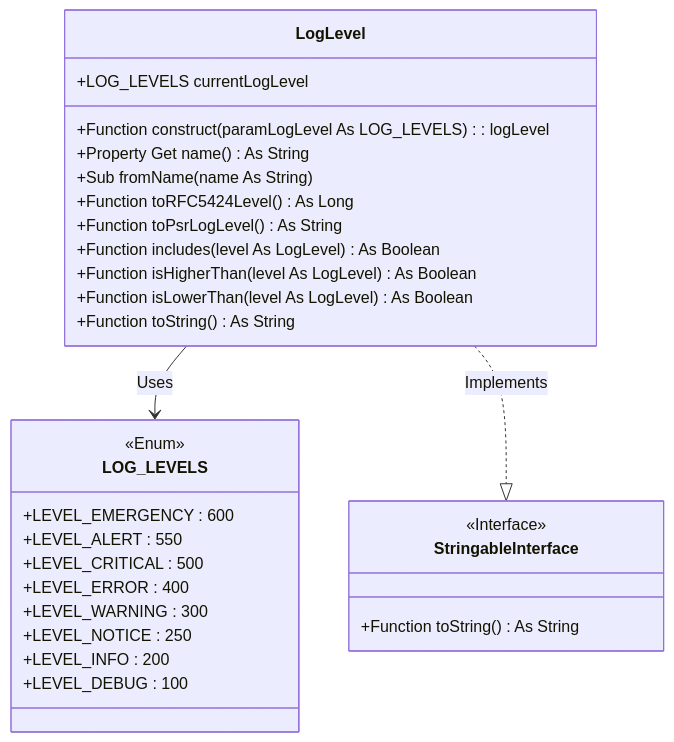
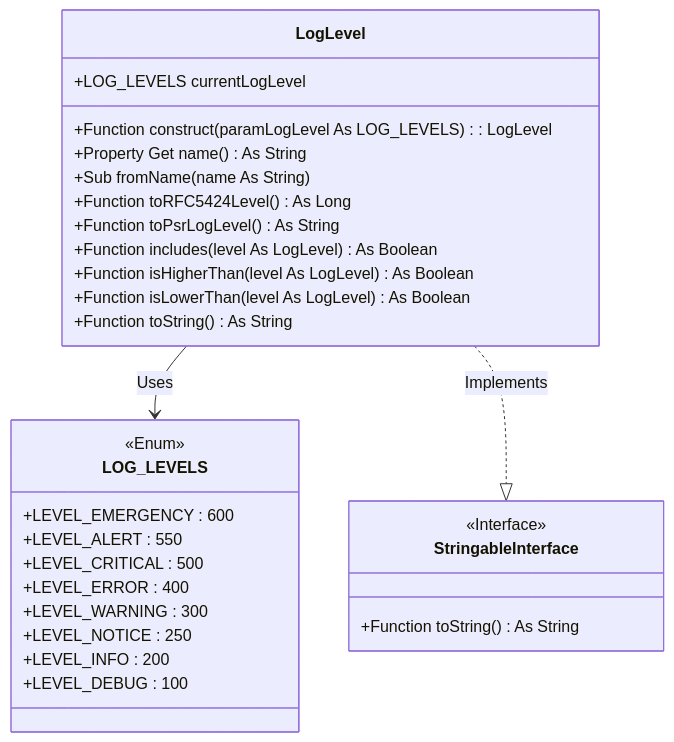
Before and after one commit to 6i-software/vba-monologger: the diagram in docs/src/under-the-hood/log-severity-levels.md, drawn with Mermaid. The commit also changed other lines of this file and 20 other files, not shown here.

````diff
--- a/docs/src/under-the-hood/log-severity-levels.md
+++ b/docs/src/under-the-hood/log-severity-levels.md
@@ -23,40 +24,40 @@
 ```mermaid
 classDiagram
     direction TB
 
     class LogLevel {
         +LOG_LEVELS currentLogLevel
 
-        +Function construct(paramLogLevel As LOG_LEVELS) : logLevel
+        +Function construct(paramLogLevel As LOG_LEVELS) : LogLevel
         +Property Get name() As String
 
         +Sub fromName(name As String)
         +Function toRFC5424Level() As Long
         +Function toPsrLogLevel() As String
         +Function includes(level As LogLevel) As Boolean
         +Function isHigherThan(level As LogLevel) As Boolean
         +Function isLowerThan(level As LogLevel) As Boolean
         +Function toString() As String
     }
     
     class LOG_LEVELS {
         <<Enum>>
         +LEVEL_EMERGENCY : 600
         +LEVEL_ALERT : 550
         +LEVEL_CRITICAL : 500
         +LEVEL_ERROR : 400
         +LEVEL_WARNING : 300
         +LEVEL_NOTICE : 250
         +LEVEL_INFO : 200
         +LEVEL_DEBUG : 100
     }    
 
     class StringableInterface {
         <<Interface>>
         +Function toString() As String
     }
 
     %% Relations
     LogLevel --> LOG_LEVELS : Uses
     LogLevel ..|> StringableInterface : Implements
 ```
````
